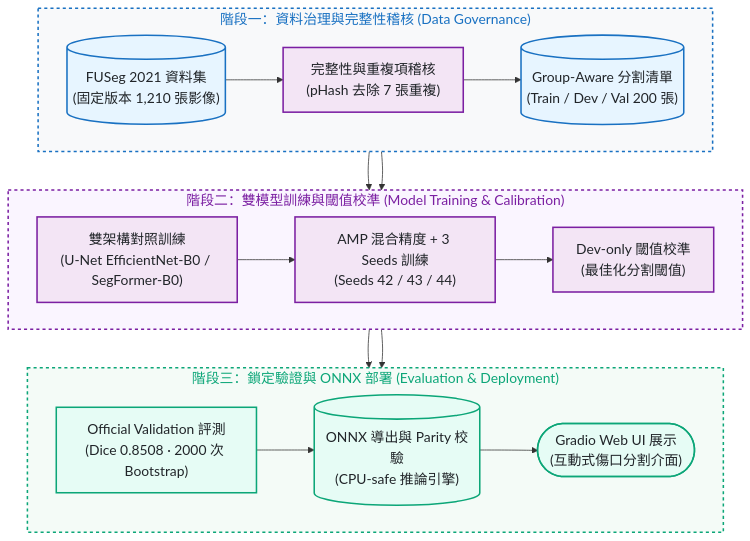
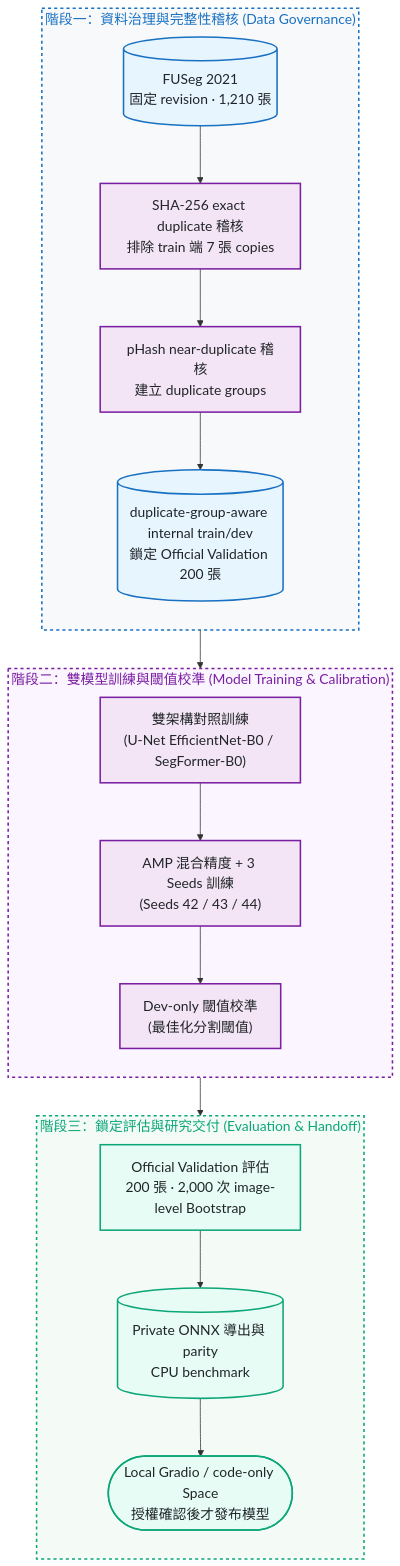
The diagram in README.md (kuotunyu/WoundScope), drawn with Mermaid before and after one commit. The commit also changed other lines of this file and 7 other files, not shown here.

````diff
--- a/README.md
+++ b/README.md
@@ -28,32 +28,32 @@
 ```mermaid
 %%{init: {'themeVariables': {'fontSize': '18px'}}}%%
 flowchart TD
     subgraph Stage1 ["階段一：資料治理與完整性稽核 (Data Governance)"]
-        direction LR
-        Raw[("FUSeg 2021 資料集<br/>(固定版本 1,210 張影像)")] --> Audit["完整性與重複項稽核<br/>(pHash 去除 7 張重複)"] --> Split[("Group-Aware 分割清單<br/>(Train / Dev / Val 200 張)")]
+        direction TB
+        Raw[("FUSeg 2021<br/>固定 revision · 1,210 張")] --> Exact["SHA-256 exact duplicate 稽核<br/>排除 train 端 7 張 copies"]
+        Exact --> Near["pHash near-duplicate 稽核<br/>建立 duplicate groups"]
+        Near --> Split[("duplicate-group-aware internal train/dev<br/>鎖定 Official Validation 200 張")]
     end
 
     subgraph Stage2 ["階段二：雙模型訓練與閾值校準 (Model Training & Calibration)"]
-        direction LR
+        direction TB
         Split --> Models["雙架構對照訓練<br/>(U-Net EfficientNet-B0 / SegFormer-B0)"] --> Train["AMP 混合精度 + 3 Seeds 訓練<br/>(Seeds 42 / 43 / 44)"] --> Calib["Dev-only 閾值校準<br/>(最佳化分割閾值)"]
     end
 
-    subgraph Stage3 ["階段三：鎖定驗證與 ONNX 部署 (Evaluation & Deployment)"]
-        direction LR
-        Calib --> Eval["Official Validation 評測<br/>(Dice 0.8508 · 2000 次 Bootstrap)"] --> ONNX[("ONNX 導出與 Parity 校驗<br/>(CPU-safe 推論引擎)")] --> Demo(["Gradio Web UI 展示<br/>(互動式傷口分割介面)"])
+    subgraph Stage3 ["階段三：鎖定評估與研究交付 (Evaluation & Handoff)"]
+        direction TB
+        Calib --> Eval["Official Validation 評估<br/>200 張 · 2,000 次 image-level Bootstrap"] --> ONNX[("Private ONNX 導出與 parity<br/>CPU benchmark")] --> Demo(["Local Gradio / code-only Space<br/>授權確認後才發布模型"])
     end
-
-    Stage1 --> Stage2 --> Stage3
 
     classDef srcStyle fill:#e7f5ff,stroke:#1971c2,stroke-width:2px,color:#212529
     classDef procStyle fill:#f3e5f5,stroke:#7b1fa2,stroke-width:2px,color:#212529
     classDef evalStyle fill:#e6fcf5,stroke:#0ca678,stroke-width:2px,color:#212529
 
     class Raw,Split srcStyle
-    class Audit,Models,Train,Calib procStyle
+    class Exact,Near,Models,Train,Calib procStyle
     class Eval,ONNX,Demo evalStyle
 
     style Stage1 fill:#f8f9fa,stroke:#1971c2,stroke-width:2px,color:#1971c2,stroke-dasharray: 4 4
     style Stage2 fill:#faf5ff,stroke:#7b1fa2,stroke-width:2px,color:#7b1fa2,stroke-dasharray: 4 4
     style Stage3 fill:#f4fbf7,stroke:#0ca678,stroke-width:2px,color:#0ca678,stroke-dasharray: 4 4
 ```
````
